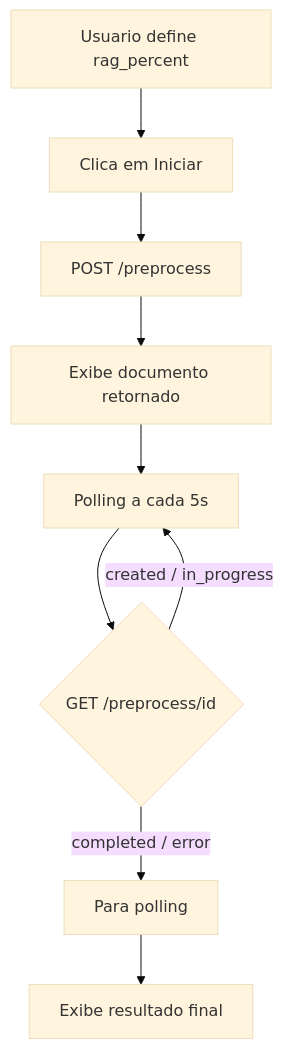
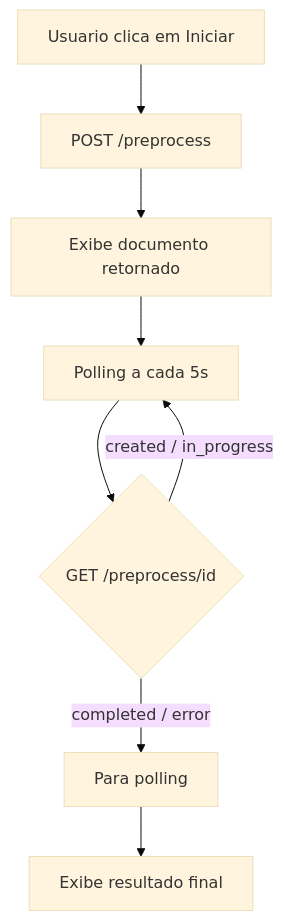
Before and after one commit to vagner-nascimento/fiap-pos-ia-para-devs-fase3-tech-challenge: the first of 3 diagrams in frontend/README.md, drawn with Mermaid (base theme). The commit also changed other lines of this file and 8 other files, not shown here.

````diff
--- a/frontend/README.md
+++ b/frontend/README.md
@@ -128,11 +127,10 @@
 ```mermaid
 flowchart TD
-    A[Usuario define rag_percent] --> B[Clica em Iniciar]
-    B --> C[POST /preprocess]
-    C --> D[Exibe documento retornado]
-    D --> E[Polling a cada 5s]
-    E --> F{GET /preprocess/id}
-    F -->|created / in_progress| E
-    F -->|completed / error| G[Para polling]
-    G --> H[Exibe resultado final]
+    A[Usuario clica em Iniciar] --> B[POST /preprocess]
+    B --> C[Exibe documento retornado]
+    C --> D[Polling a cada 5s]
+    D --> E{GET /preprocess/id}
+    E -->|created / in_progress| D
+    E -->|completed / error| F[Para polling]
+    F --> G[Exibe resultado final]
 ```
````
